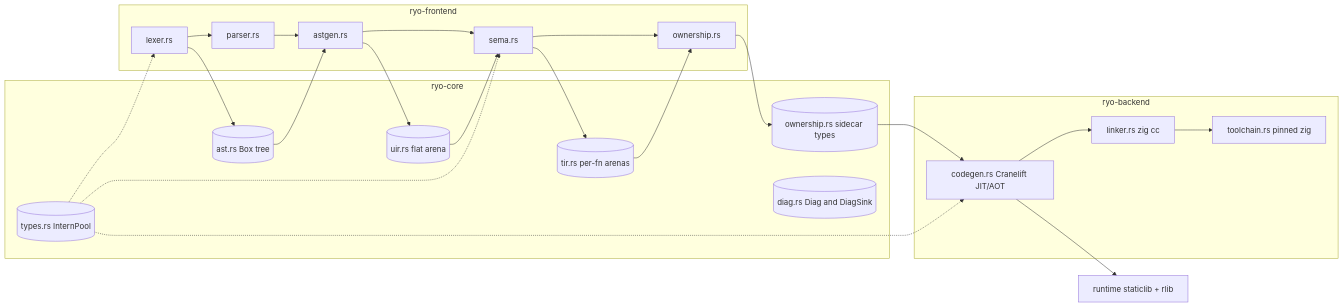
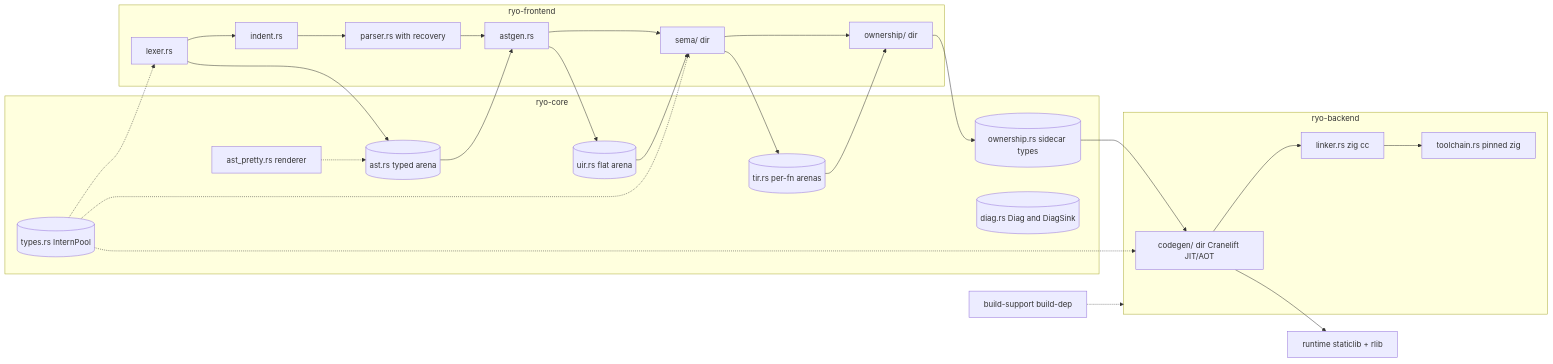
Before and after one commit to ryolang/ryo: the diagram in docs/dev/architecture_analysis.md, drawn with Mermaid. The commit also changed other lines of this file and 44 other files, not shown here.

````diff
--- a/docs/dev/architecture_analysis.md
+++ b/docs/dev/architecture_analysis.md
@@ -11,23 +15,27 @@
 ```mermaid
 flowchart LR
     subgraph FE[ryo-frontend]
-        LEX[lexer.rs] --> PAR[parser.rs] --> AG[astgen.rs] --> SEMA[sema.rs] --> OWN[ownership.rs]
+        LEX[lexer.rs] --> IND[indent.rs] --> PAR[parser.rs with recovery] --> AG[astgen.rs] --> SEMA[sema/ dir] --> OWN[ownership/ dir]
     end
     subgraph CORE[ryo-core]
-        AST[(ast.rs Box tree)]
+        AST[(ast.rs typed arena)]
+        PRT[ast_pretty.rs renderer]
         UIR[(uir.rs flat arena)]
         TIR[(tir.rs per-fn arenas)]
         POOL[(types.rs InternPool)]
         SIDE[(ownership.rs sidecar types)]
         DIAG[(diag.rs Diag and DiagSink)]
     end
     subgraph BE[ryo-backend]
-        CG[codegen.rs Cranelift JIT/AOT] --> LK[linker.rs zig cc] --> TC[toolchain.rs pinned zig]
+        CG[codegen/ dir Cranelift JIT/AOT] --> LK[linker.rs zig cc] --> TC[toolchain.rs pinned zig]
     end
     RT[runtime staticlib + rlib]
+    BS[build-support build-dep]
     LEX --> AST --> AG --> UIR --> SEMA --> TIR --> OWN --> SIDE --> CG
+    PRT -.-> AST
     POOL -.-> LEX
     POOL -.-> SEMA
     POOL -.-> CG
     CG --> RT
+    BS -.-> BE
 ```
````
